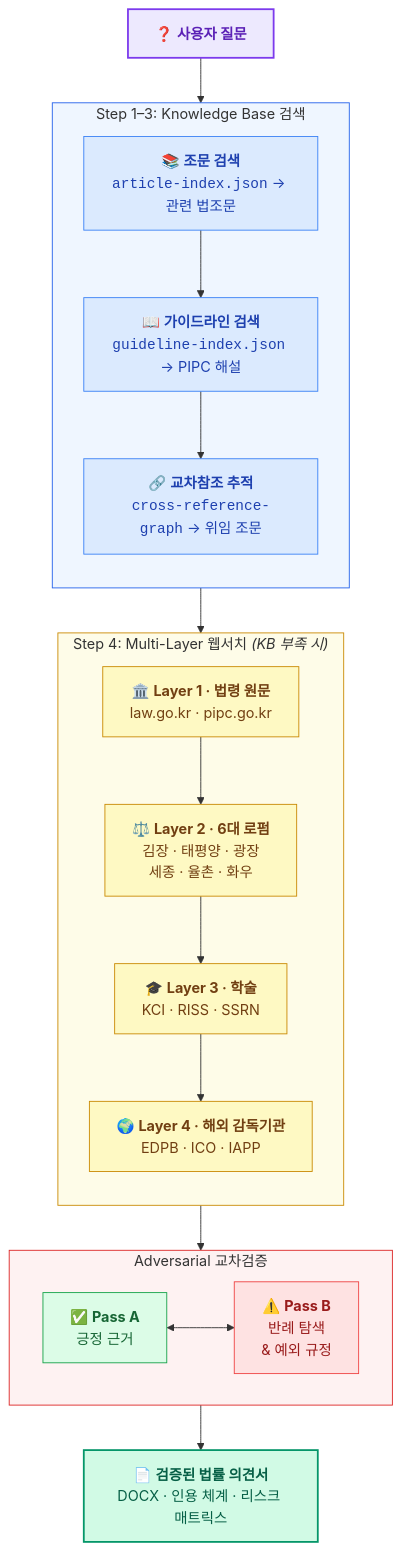
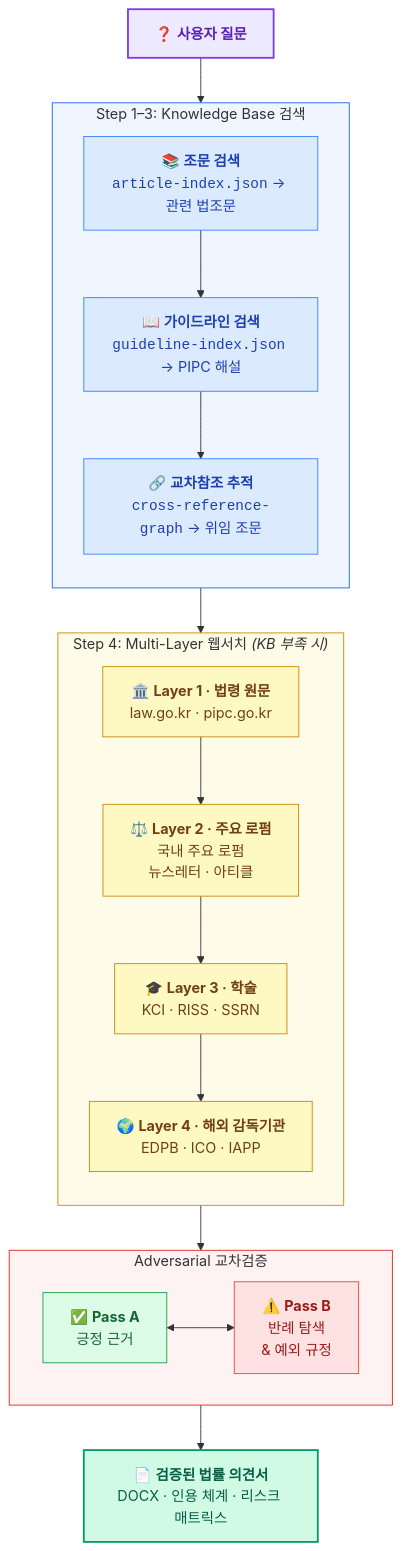
One commit to kipeum86/PIPA-expert changed the second of 2 diagrams in README.ko.md. Above: the diagram before and after it, drawn with Mermaid. The commit also changed 1 other file, not shown here.

Commit message:
Anonymize law firm names in README diagrams
Replace specific firm names with generic "top-tier Korean law firm
newsletters & articles" in Mermaid flowcharts. Firm names remain
in agent config (pipa-agent.md) for actual search use.

````diff
--- a/README.ko.md
+++ b/README.ko.md
@@ -204,50 +204,50 @@
 ```mermaid
 flowchart TD
     Q["❓ <b>사용자 질문</b>"]
 
     subgraph kb["Step 1–3: Knowledge Base 검색"]
         direction TB
         S1["📚 <b>조문 검색</b><br/><code>article-index.json</code> → 관련 법조문"]
         S2["📖 <b>가이드라인 검색</b><br/><code>guideline-index.json</code> → PIPC 해설"]
         S3["🔗 <b>교차참조 추적</b><br/><code>cross-reference-graph</code> → 위임 조문"]
         S1 --> S2 --> S3
     end
 
     subgraph web["Step 4: Multi-Layer 웹서치 <i>(KB 부족 시)</i>"]
         direction TB
         L1["🏛️ <b>Layer 1 · 법령 원문</b><br/>law.go.kr · pipc.go.kr"]
-        L2["⚖️ <b>Layer 2 · 6대 로펌</b><br/>김장 · 태평양 · 광장<br/>세종 · 율촌 · 화우"]
+        L2["⚖️ <b>Layer 2 · 주요 로펌</b><br/>국내 주요 로펌<br/>뉴스레터 · 아티클"]
         L3["🎓 <b>Layer 3 · 학술</b><br/>KCI · RISS · SSRN"]
         L4["🌍 <b>Layer 4 · 해외 감독기관</b><br/>EDPB · ICO · IAPP"]
         L1 --> L2 --> L3 --> L4
     end
 
     subgraph verify["Adversarial 교차검증"]
         direction LR
         PA["✅ <b>Pass A</b><br/>긍정 근거"]
         PB["⚠️ <b>Pass B</b><br/>반례 탐색<br/>&amp; 예외 규정"]
         PA <--> PB
     end
 
     O["📄 <b>검증된 법률 의견서</b><br/>DOCX · 인용 체계 · 리스크 매트릭스"]
 
     Q --> kb
     kb --> web
     web --> verify
     verify --> O
 
     style Q fill:#ede9fe,stroke:#7c3aed,stroke-width:2px,color:#5b21b6
     style kb fill:#eff6ff,stroke:#2563eb,stroke-width:1px
     style web fill:#fefce8,stroke:#ca8a04,stroke-width:1px
     style verify fill:#fef2f2,stroke:#dc2626,stroke-width:1px
     style O fill:#d1fae5,stroke:#059669,stroke-width:2px,color:#065f46
     style S1 fill:#dbeafe,stroke:#3b82f6,color:#1e40af
     style S2 fill:#dbeafe,stroke:#3b82f6,color:#1e40af
     style S3 fill:#dbeafe,stroke:#3b82f6,color:#1e40af
     style L1 fill:#fef9c3,stroke:#ca8a04,color:#713f12
     style L2 fill:#fef9c3,stroke:#ca8a04,color:#713f12
     style L3 fill:#fef9c3,stroke:#ca8a04,color:#713f12
     style L4 fill:#fef9c3,stroke:#ca8a04,color:#713f12
     style PA fill:#dcfce7,stroke:#16a34a,color:#166534
     style PB fill:#fee2e2,stroke:#ef4444,color:#991b1b
 ```
````
